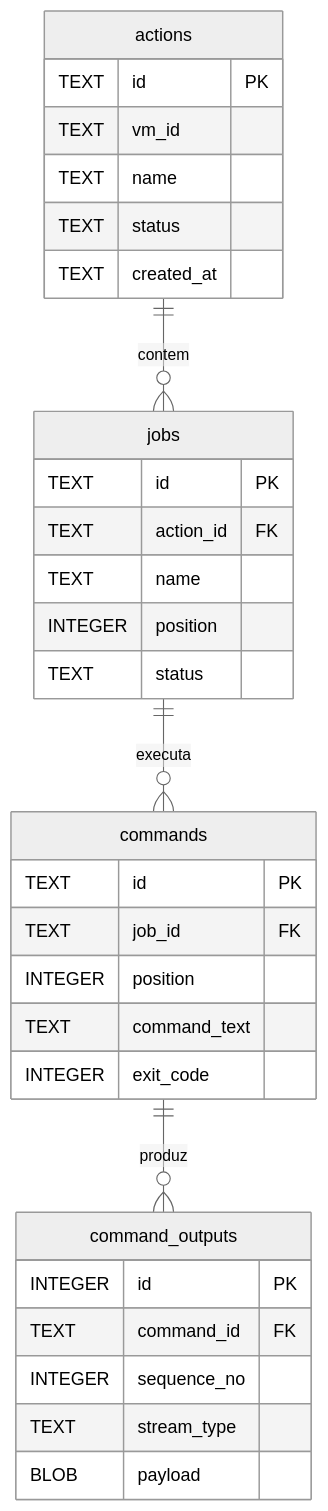
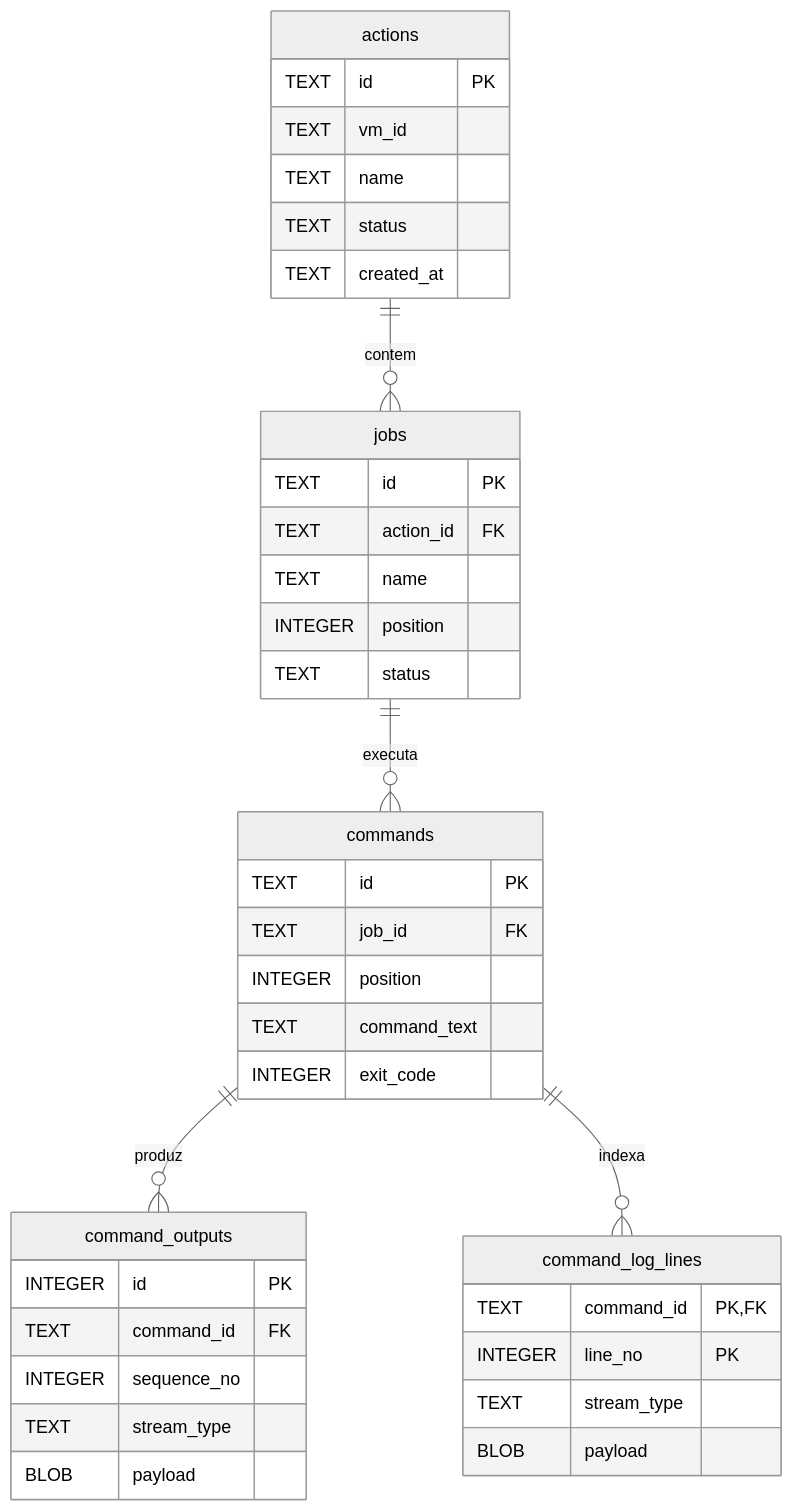
Before and after one commit to ahhvahh/gitmaster-actions: the diagram in docs/persistencia/PERS-001-registro-execucoes.md, drawn with Mermaid (neutral theme). The commit also changed other lines of this file and 6 other files, not shown here.

````diff
--- a/docs/persistencia/PERS-001-registro-execucoes.md
+++ b/docs/persistencia/PERS-001-registro-execucoes.md
@@ -16,34 +16,41 @@
 ```mermaid
 erDiagram
     actions ||--o{ jobs : contem
     jobs ||--o{ commands : executa
     commands ||--o{ command_outputs : produz
+    commands ||--o{ command_log_lines : indexa
     actions {
         TEXT id PK
         TEXT vm_id
         TEXT name
         TEXT status
         TEXT created_at
     }
     jobs {
         TEXT id PK
         TEXT action_id FK
         TEXT name
         INTEGER position
         TEXT status
     }
     commands {
         TEXT id PK
         TEXT job_id FK
         INTEGER position
         TEXT command_text
         INTEGER exit_code
     }
     command_outputs {
         INTEGER id PK
         TEXT command_id FK
         INTEGER sequence_no
         TEXT stream_type
         BLOB payload
     }
+    command_log_lines {
+        TEXT command_id PK, FK
+        INTEGER line_no PK
+        TEXT stream_type
+        BLOB payload
+    }
 ```
````
